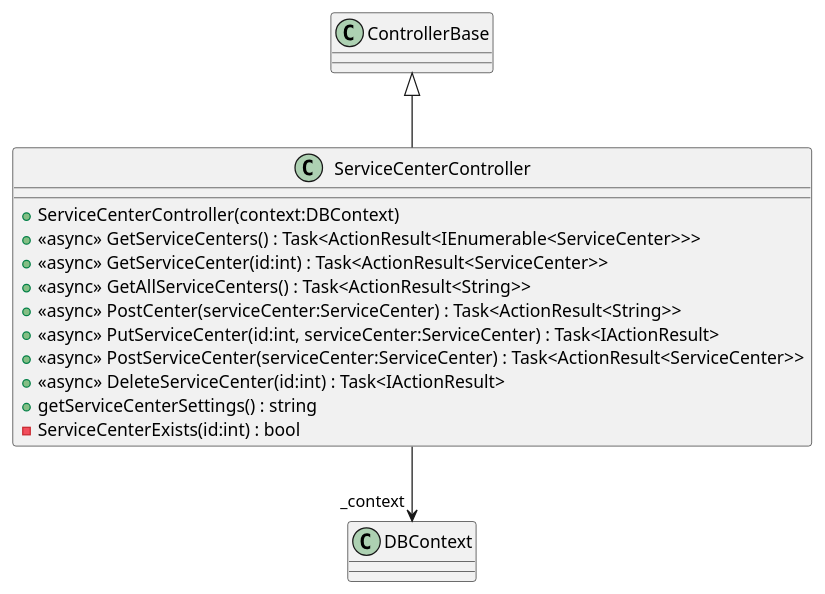
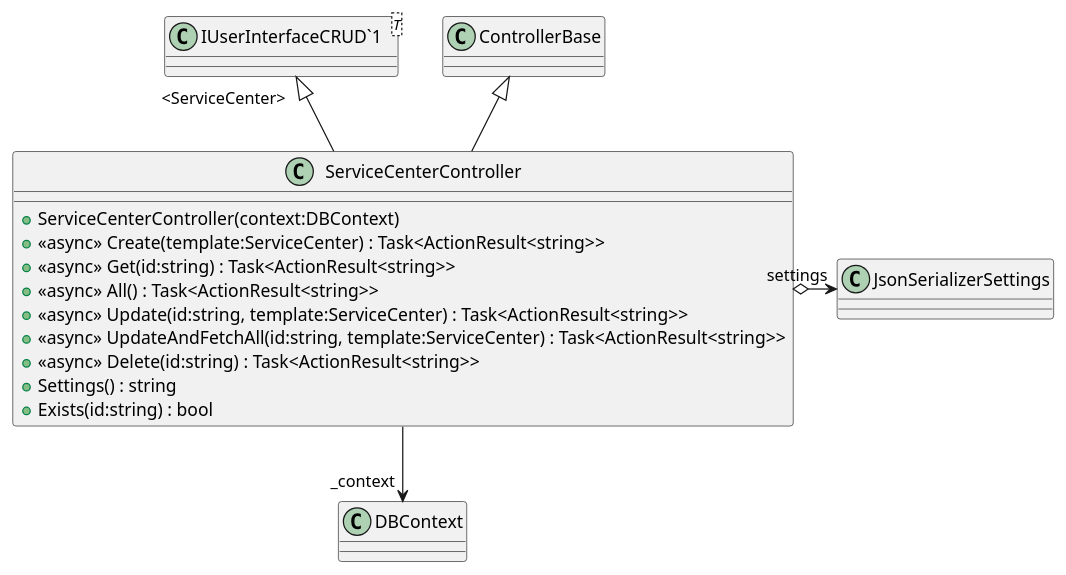
The diagram in YouthActionDotNet/UML/Controllers/ServiceCenterController.puml (timothxy/ICT2106_P3_Project), drawn with PlantUML before and after one commit. The commit also changed 11 other files, not shown here.

```diff
--- a/YouthActionDotNet/UML/Controllers/ServiceCenterController.puml
+++ b/YouthActionDotNet/UML/Controllers/ServiceCenterController.puml
@@ -1,16 +1,19 @@
 @startuml
 class ServiceCenterController {
     + ServiceCenterController(context:DBContext)
-    + <<async>> GetServiceCenters() : Task<ActionResult<IEnumerable<ServiceCenter>>>
-    + <<async>> GetServiceCenter(id:int) : Task<ActionResult<ServiceCenter>>
-    + <<async>> GetAllServiceCenters() : Task<ActionResult<String>>
-    + <<async>> PostCenter(serviceCenter:ServiceCenter) : Task<ActionResult<String>>
-    + <<async>> PutServiceCenter(id:int, serviceCenter:ServiceCenter) : Task<IActionResult>
-    + <<async>> PostServiceCenter(serviceCenter:ServiceCenter) : Task<ActionResult<ServiceCenter>>
-    + <<async>> DeleteServiceCenter(id:int) : Task<IActionResult>
-    + getServiceCenterSettings() : string
-    - ServiceCenterExists(id:int) : bool
+    + <<async>> Create(template:ServiceCenter) : Task<ActionResult<string>>
+    + <<async>> Get(id:string) : Task<ActionResult<string>>
+    + <<async>> All() : Task<ActionResult<string>>
+    + <<async>> Update(id:string, template:ServiceCenter) : Task<ActionResult<string>>
+    + <<async>> UpdateAndFetchAll(id:string, template:ServiceCenter) : Task<ActionResult<string>>
+    + <<async>> Delete(id:string) : Task<ActionResult<string>>
+    + Settings() : string
+    + Exists(id:string) : bool
+}
+class "IUserInterfaceCRUD`1"<T> {
 }
 ControllerBase <|-- ServiceCenterController
+"IUserInterfaceCRUD`1" "<ServiceCenter>" <|-- ServiceCenterController
 ServiceCenterController --> "_context" DBContext
+ServiceCenterController o-> "settings" JsonSerializerSettings
 @enduml
```
